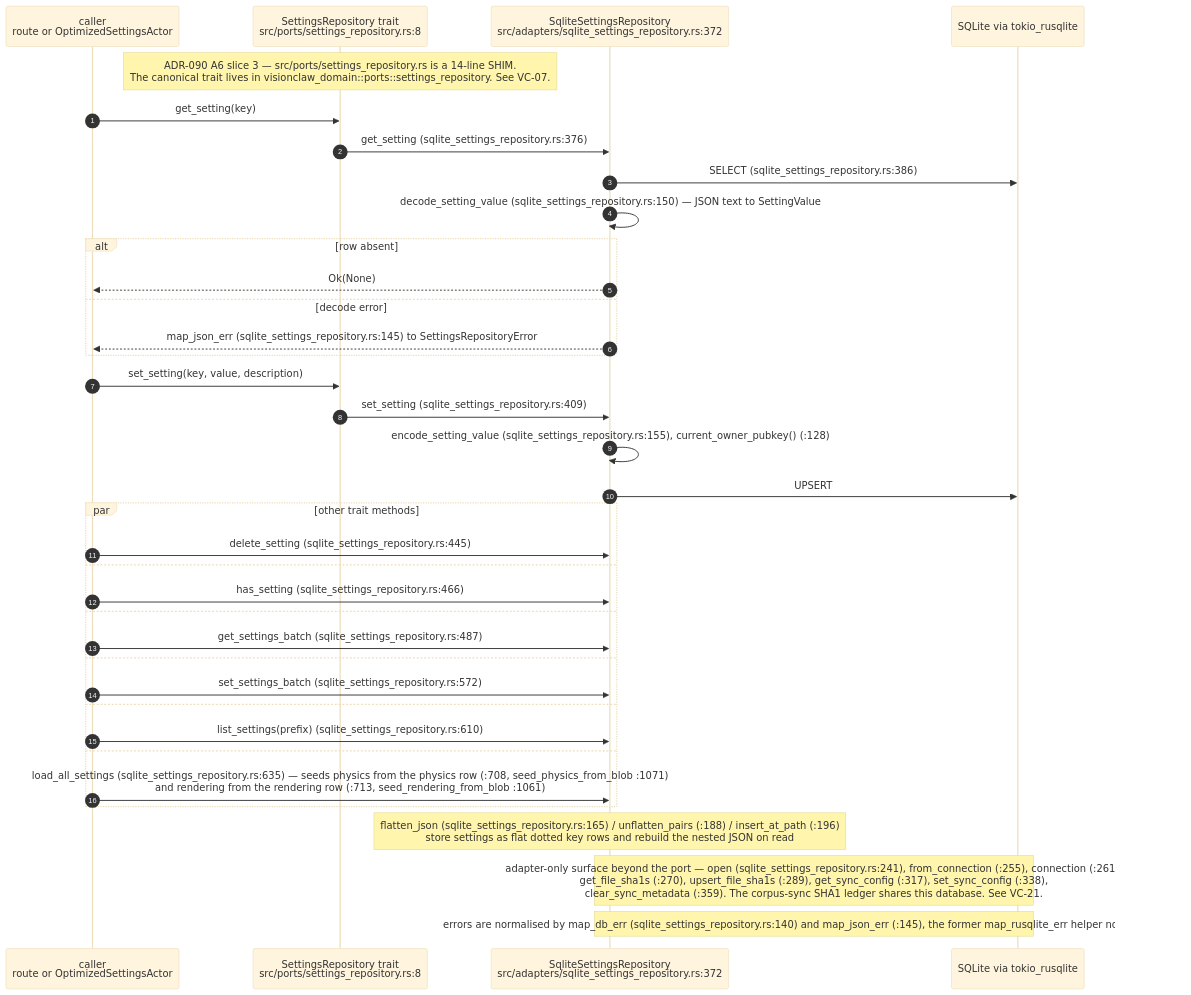
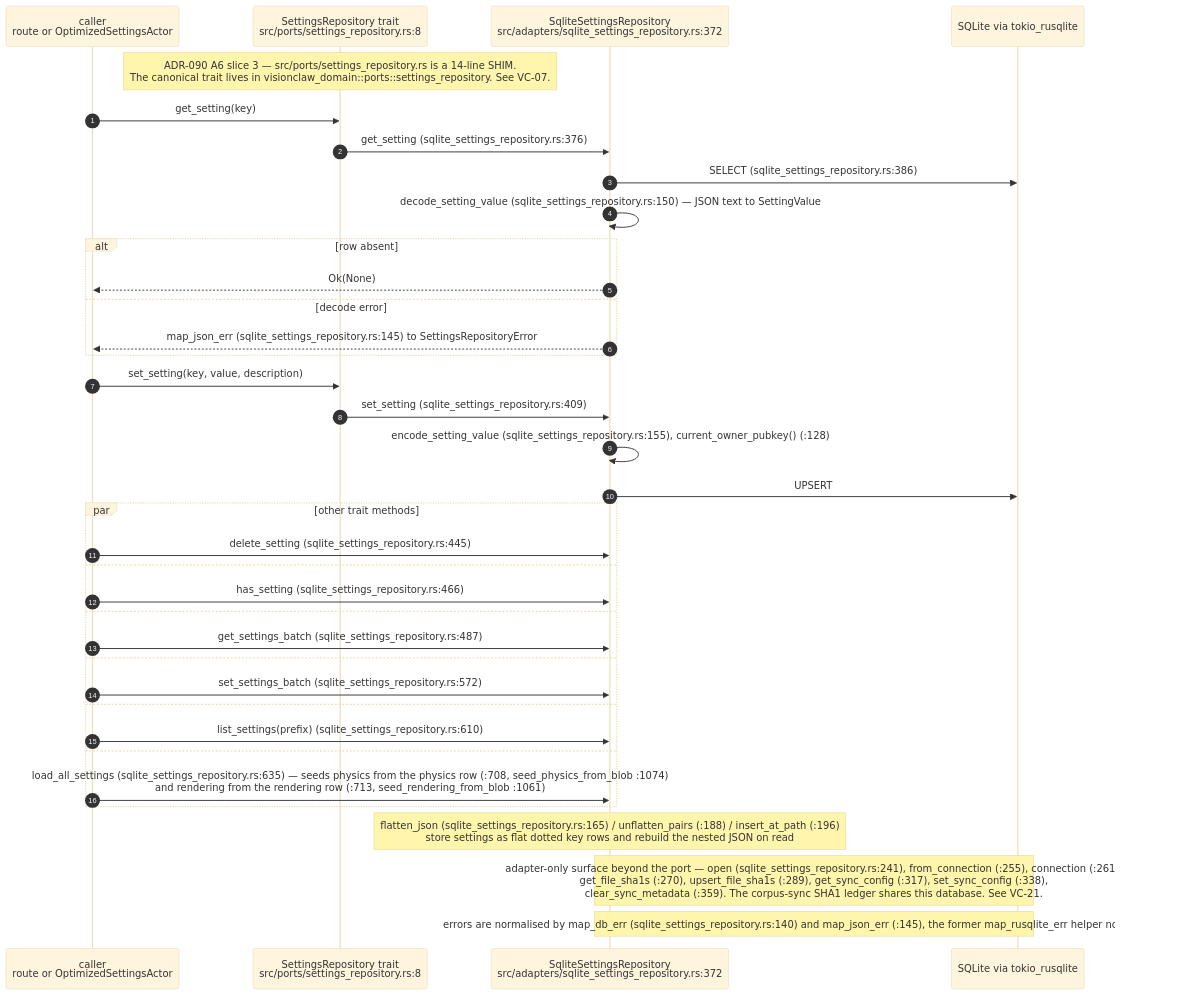
One commit to DreamLab-AI/VisionFlow changed the sixth of 9 diagrams in docs/diagrams/visionclaw/06-settings-round-trip.md. Above: the diagram before and after it, drawn with Mermaid (base theme). The commit also changed other lines of this file and 49 other files, not shown here.

First line of the commit message:
docs(diagrams): re-derive and re-stamp VisionClaw, estate, knowledge-graph, visionGraph, VisionFlow and sidestr topics

````diff
--- a/docs/diagrams/visionclaw/06-settings-round-trip.md
+++ b/docs/diagrams/visionclaw/06-settings-round-trip.md
@@ -243,39 +243,39 @@
 ```mermaid
 sequenceDiagram
     autonumber
     participant A as caller<br/>route or OptimizedSettingsActor
     participant P as SettingsRepository trait<br/>src/ports/settings_repository.rs:8
     participant AD as SqliteSettingsRepository<br/>src/adapters/sqlite_settings_repository.rs:372
     participant DB as SQLite via tokio_rusqlite
 
     Note over P: ADR-090 A6 slice 3 — src/ports/settings_repository.rs is a 14-line SHIM.<br/>The canonical trait lives in visionclaw_domain::ports::settings_repository. See VC-07.
     A->>P: get_setting(key)
     P->>AD: get_setting (sqlite_settings_repository.rs:376)
     AD->>DB: SELECT (sqlite_settings_repository.rs:386)
     AD->>AD: decode_setting_value (sqlite_settings_repository.rs:150) — JSON text to SettingValue
     alt row absent
         AD-->>A: Ok(None)
     else decode error
         AD-->>A: map_json_err (sqlite_settings_repository.rs:145) to SettingsRepositoryError
     end
     A->>P: set_setting(key, value, description)
     P->>AD: set_setting (sqlite_settings_repository.rs:409)
     AD->>AD: encode_setting_value (sqlite_settings_repository.rs:155), current_owner_pubkey() (:128)
     AD->>DB: UPSERT
     par other trait methods
         A->>AD: delete_setting (sqlite_settings_repository.rs:445)
     and
         A->>AD: has_setting (sqlite_settings_repository.rs:466)
     and
         A->>AD: get_settings_batch (sqlite_settings_repository.rs:487)
     and
         A->>AD: set_settings_batch (sqlite_settings_repository.rs:572)
     and
         A->>AD: list_settings(prefix) (sqlite_settings_repository.rs:610)
     and
-        A->>AD: load_all_settings (sqlite_settings_repository.rs:635) — seeds physics from the physics row (:708, seed_physics_from_blob :1071)<br/>and rendering from the rendering row (:713, seed_rendering_from_blob :1061)
+        A->>AD: load_all_settings (sqlite_settings_repository.rs:635) — seeds physics from the physics row (:708, seed_physics_from_blob :1074)<br/>and rendering from the rendering row (:713, seed_rendering_from_blob :1061)
     end
     Note over AD: flatten_json (sqlite_settings_repository.rs:165) / unflatten_pairs (:188) / insert_at_path (:196)<br/>store settings as flat dotted key rows and rebuild the nested JSON on read
     Note over AD,DB: adapter-only surface beyond the port — open (sqlite_settings_repository.rs:241), from_connection (:255), connection (:261),<br/>get_file_sha1s (:270), upsert_file_sha1s (:289), get_sync_config (:317), set_sync_config (:338),<br/>clear_sync_metadata (:359). The corpus-sync SHA1 ledger shares this database. See VC-21.
     Note over AD,DB: errors are normalised by map_db_err (sqlite_settings_repository.rs:140) and map_json_err (:145), the former map_rusqlite_err helper no longer exists
 ```
````
